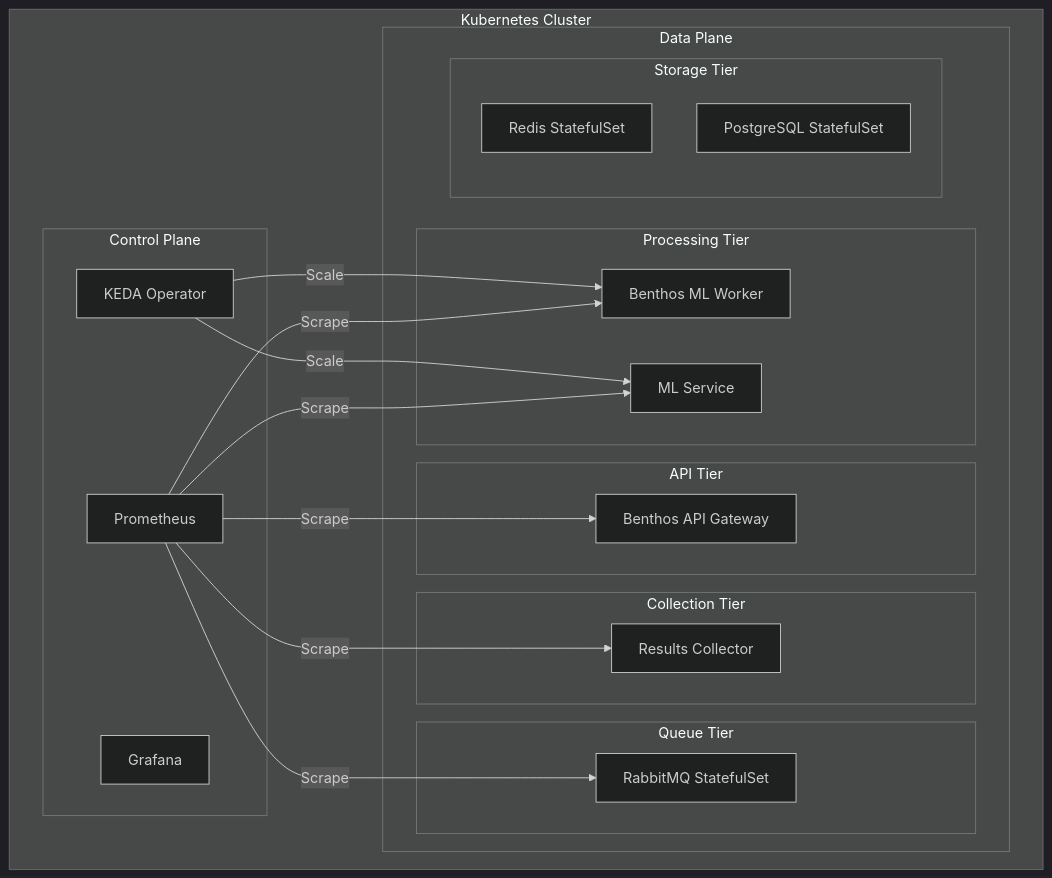
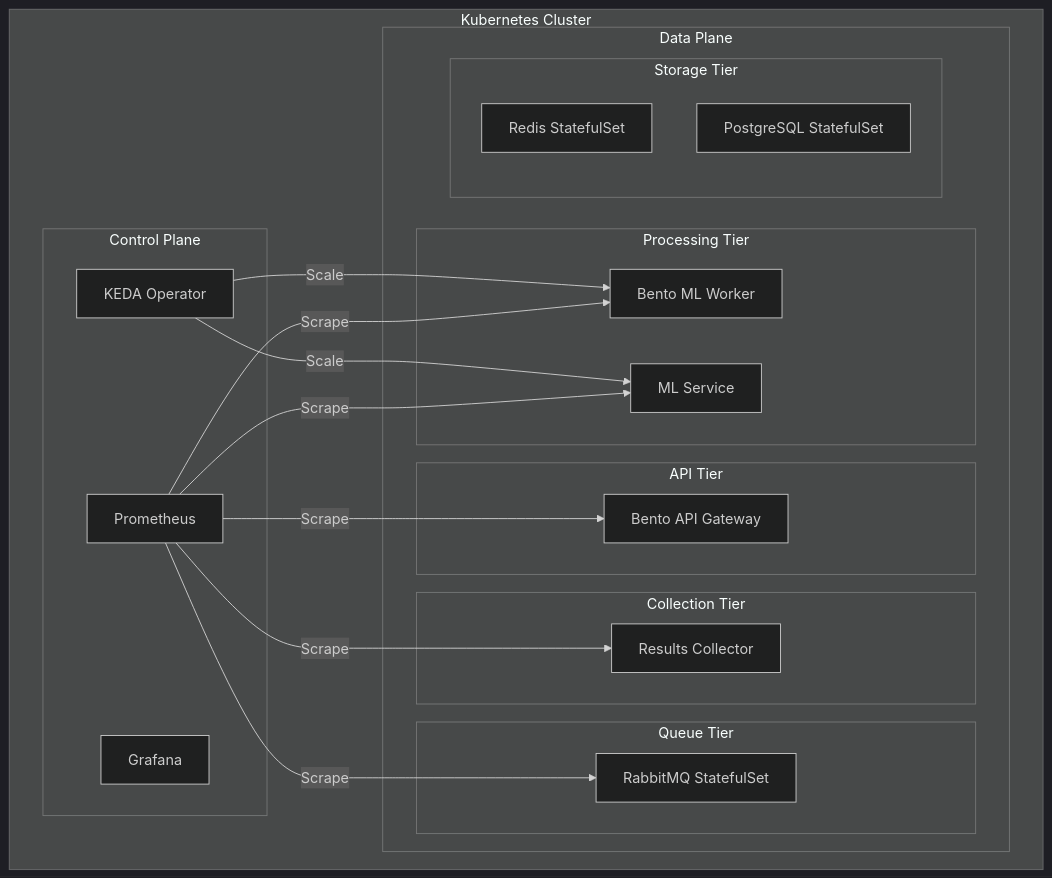
One commit to devops-360-online/go-with-me-ml changed the fifth of 5 diagrams in docs/01-architecture/overview.md. Above: the diagram before and after it, drawn with Mermaid (dark theme). The commit also changed other lines of this file and 16 other files, not shown here.

Commit message:
Update documentation for Bento-based architecture

````diff
--- a/docs/01-architecture/overview.md
+++ b/docs/01-architecture/overview.md
@@ -299,42 +299,42 @@
 ```mermaid
 graph TD
     subgraph "Kubernetes Cluster"
         subgraph "Control Plane"
             KEDA[KEDA Operator]
             Prometheus[Prometheus]
             Grafana[Grafana]
         end
         
         subgraph "Data Plane"
             subgraph "API Tier"
-                APIGateway[Benthos API Gateway]
+                APIGateway[Bento API Gateway]
             end
             
             subgraph "Queue Tier"
                 RabbitMQ[RabbitMQ StatefulSet]
             end
             
             subgraph "Processing Tier"
-                MLWorker[Benthos ML Worker]
+                MLWorker[Bento ML Worker]
                 MLService[ML Service]
             end
             
             subgraph "Collection Tier"
                 ResultsCollector[Results Collector]
             end
             
             subgraph "Storage Tier"
                 Redis[Redis StatefulSet]
                 PostgreSQL[PostgreSQL StatefulSet]
             end
         end
         
         KEDA -->|Scale| MLWorker
         KEDA -->|Scale| MLService
         Prometheus -->|Scrape| APIGateway
         Prometheus -->|Scrape| MLWorker
         Prometheus -->|Scrape| MLService
         Prometheus -->|Scrape| ResultsCollector
         Prometheus -->|Scrape| RabbitMQ
     end
 ```
````
